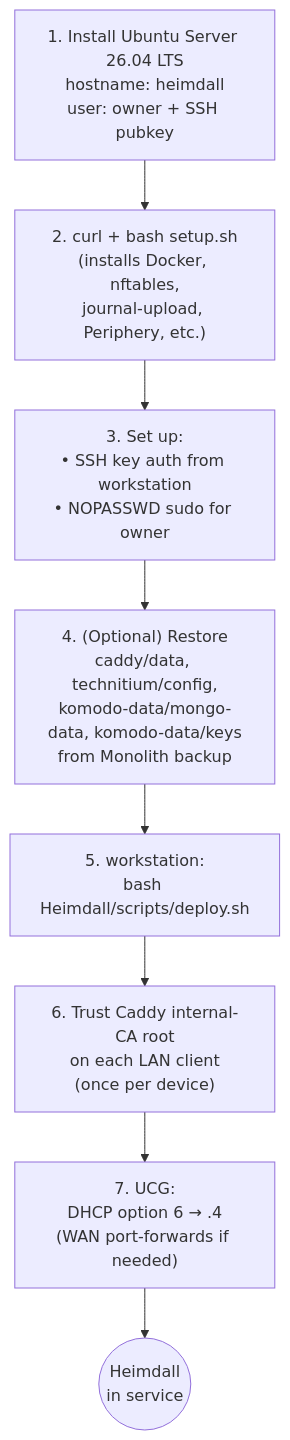
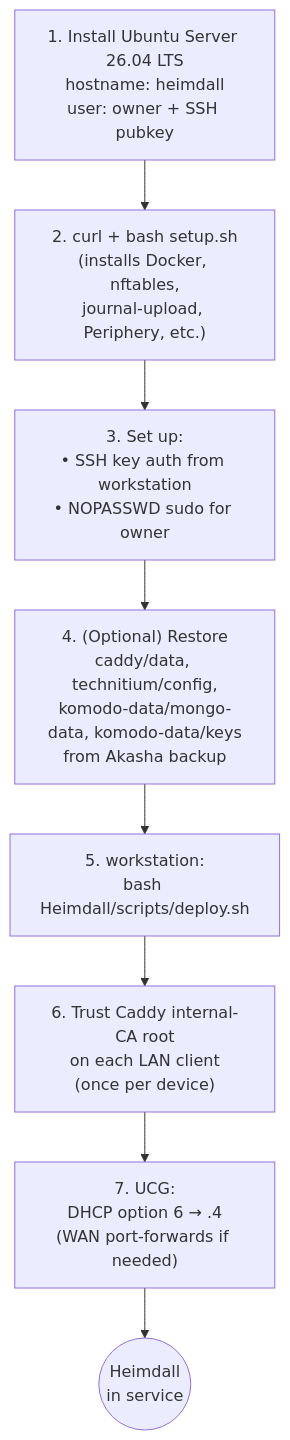
One commit to StevenGann/Homelab changed the second of 3 diagrams in Heimdall/docs/manual/03-deployment.md. Above: the diagram before and after it, drawn with Mermaid. The commit also changed other lines of this file and 33 other files, not shown here.

First line of the commit message:
chore: rename Monolith → Akasha; discard retired Akasha k3s control plane

````diff
--- a/Heimdall/docs/manual/03-deployment.md
+++ b/Heimdall/docs/manual/03-deployment.md
@@ -61,19 +61,19 @@
 ```mermaid
 flowchart TB
     install["1. Install Ubuntu Server 26.04 LTS<br/>hostname: heimdall<br/>user: owner + SSH pubkey"]
     setup["2. curl + bash setup.sh<br/>(installs Docker, nftables,<br/>journal-upload, Periphery, etc.)"]
     nopassword["3. Set up:<br/>• SSH key auth from workstation<br/>• NOPASSWD sudo for owner"]
-    restore["4. (Optional) Restore<br/>caddy/data, technitium/config,<br/>komodo-data/mongo-data, komodo-data/keys<br/>from Monolith backup"]
+    restore["4. (Optional) Restore<br/>caddy/data, technitium/config,<br/>komodo-data/mongo-data, komodo-data/keys<br/>from Akasha backup"]
     deploy["5. workstation:<br/>bash Heimdall/scripts/deploy.sh"]
     trust["6. Trust Caddy internal-CA root<br/>on each LAN client<br/>(once per device)"]
     ucg["7. UCG:<br/>DHCP option 6 → .4<br/>(WAN port-forwards if needed)"]
     done(("Heimdall<br/>in service"))
 
     install --> setup
     setup --> nopassword
     nopassword --> restore
     restore --> deploy
     deploy --> trust
     trust --> ucg
     ucg --> done
 ```
````
